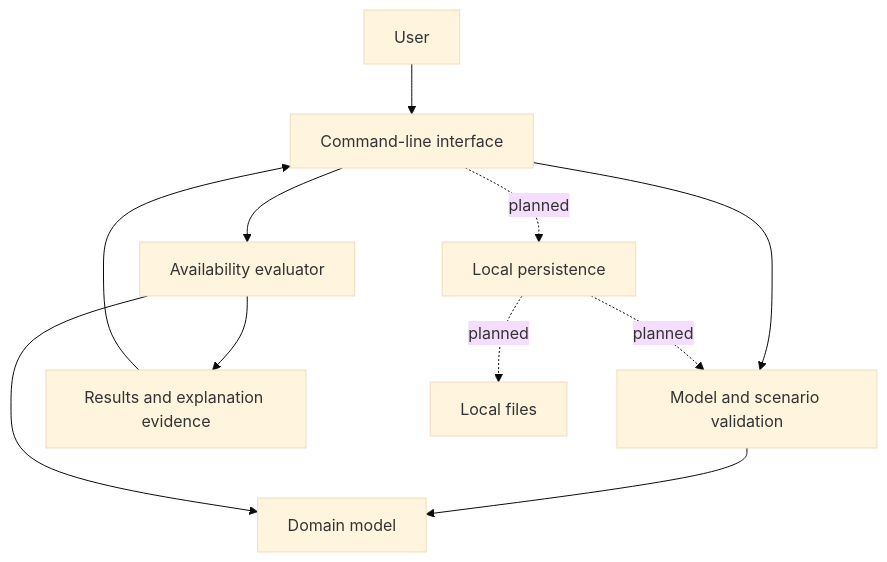
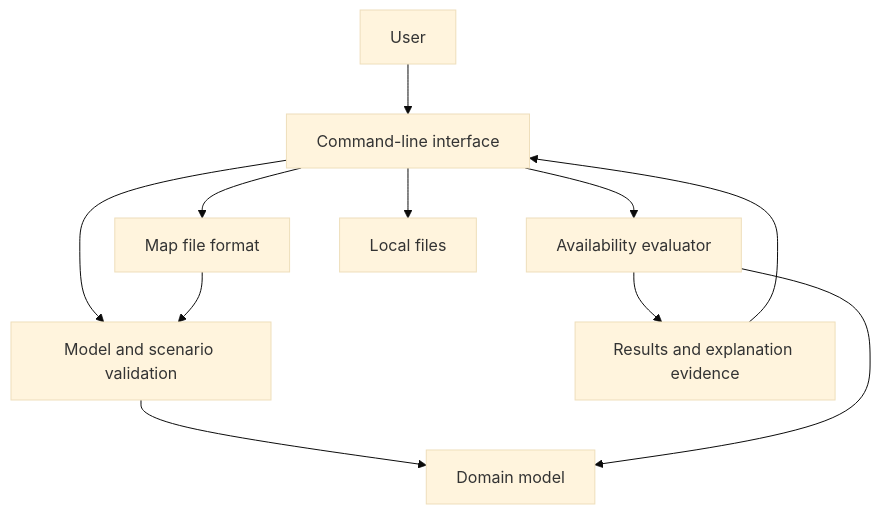
The diagram in docs/architecture.md (onyks-os/OpSecMap), drawn with Mermaid (base theme) before and after one commit. The commit also changed other lines of this file and 13 other files, not shown here.

````diff
--- a/docs/architecture.md
+++ b/docs/architecture.md
@@ -61,13 +62,13 @@
 ```mermaid
 flowchart TD
     User[User] --> CLI[Command-line interface]
     CLI --> Validation[Model and scenario validation]
     CLI --> Evaluation[Availability evaluator]
     Validation --> Model[Domain model]
     Evaluation --> Model
     Evaluation --> Results[Results and explanation evidence]
     Results --> CLI
-    CLI -. planned .-> Persistence[Local persistence]
-    Persistence -. planned .-> Validation
-    Persistence -. planned .-> Files[Local files]
+    CLI --> Persistence[Map file format]
+    Persistence --> Validation
+    CLI --> Files[Local files]
 ```
````
